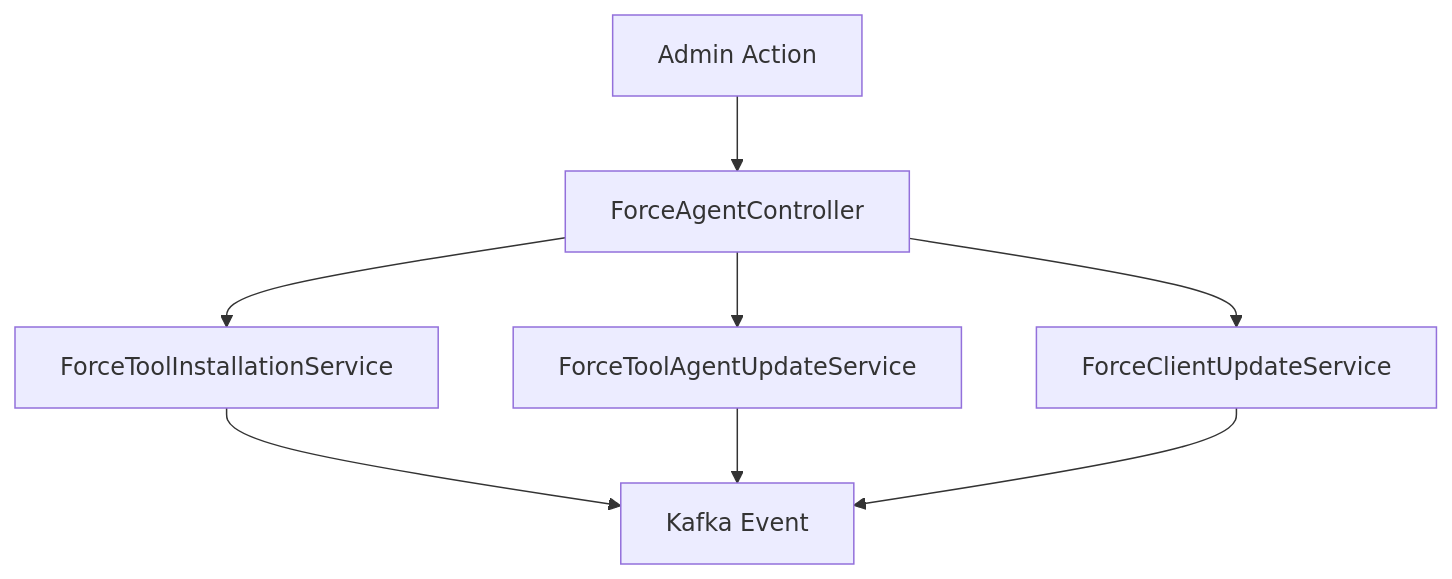
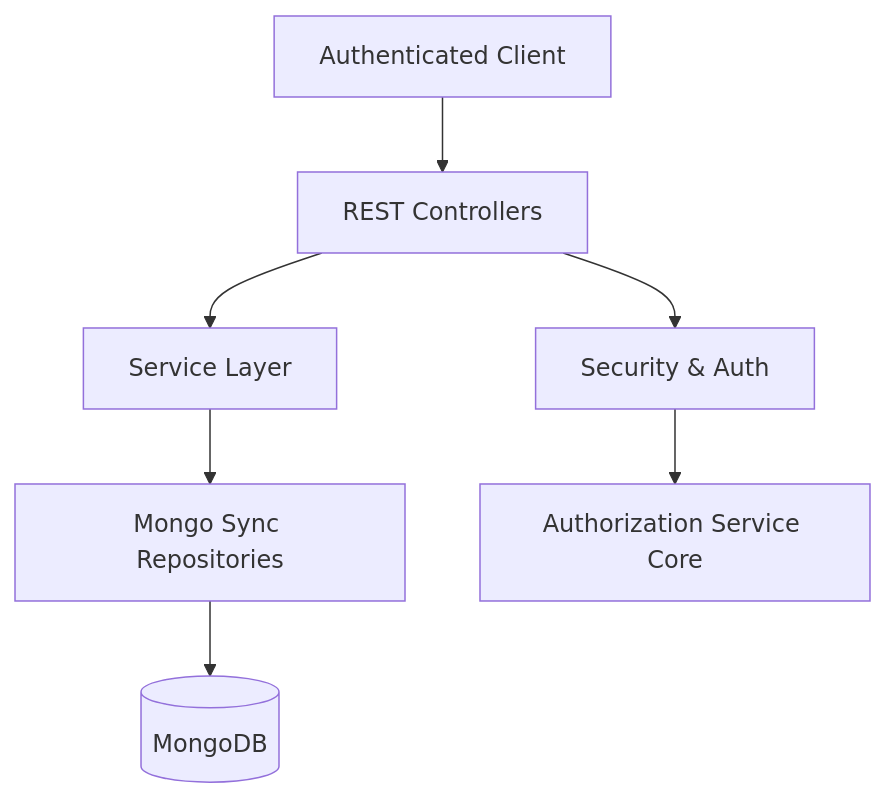
Before and after one commit to flamingo-stack/openframe-oss-lib: the first of 5 diagrams in docs/reference/architecture/api-service-core-rest-controllers/api-service-core-rest-controllers.md, drawn with Mermaid. The commit also changed other lines of this file and 1809 other files, not shown here.

````diff
--- a/docs/reference/architecture/api-service-core-rest-controllers/api-service-core-rest-controllers.md
+++ b/docs/reference/architecture/api-service-core-rest-controllers/api-service-core-rest-controllers.md
@@ -186,11 +23,10 @@
 ```mermaid
 flowchart TD
-    Admin["Admin Action"] --> Controller["ForceAgentController"]
-    Controller --> InstallSvc["ForceToolInstallationService"]
-    Controller --> UpdateSvc["ForceToolAgentUpdateService"]
-    Controller --> ClientSvc["ForceClientUpdateService"]
+    Client["Authenticated Client"] --> Controller["REST Controllers"]
+    Controller --> ServiceLayer["Service Layer"]
+    ServiceLayer --> RepositoryLayer["Mongo Sync Repositories"]
+    RepositoryLayer --> Database[("MongoDB")]
 
-    InstallSvc --> Kafka["Kafka Event"]
-    UpdateSvc --> Kafka
-    ClientSvc --> Kafka
+    Controller --> SecurityLayer["Security & Auth"]
+    SecurityLayer --> AuthService["Authorization Service Core"]
 ```
````
